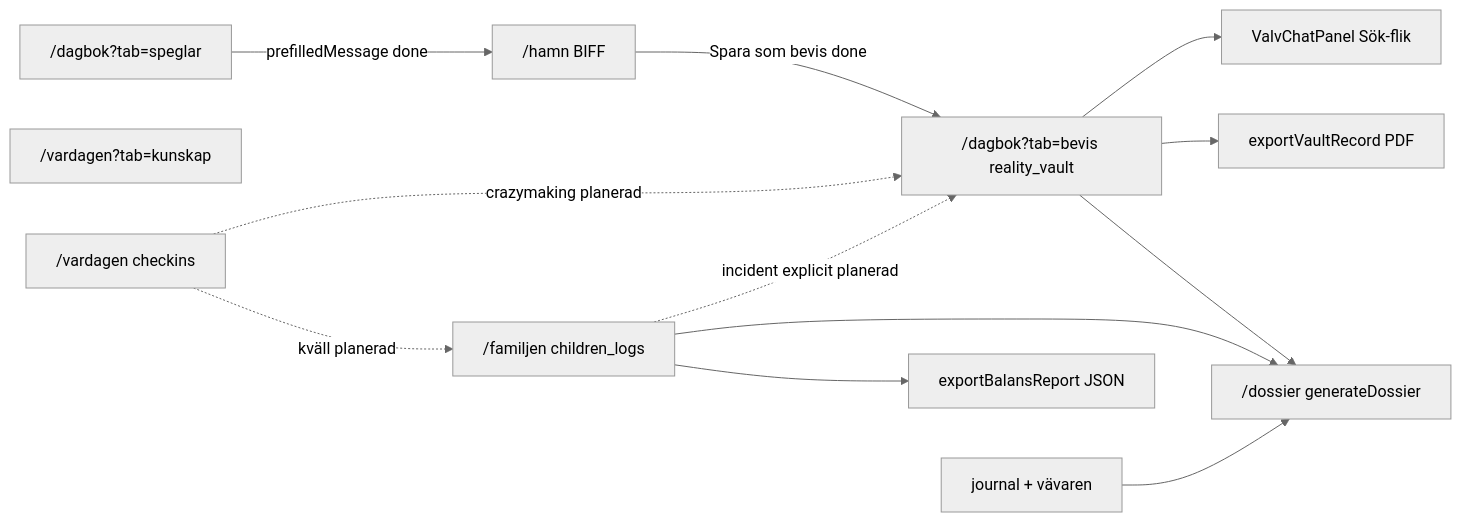
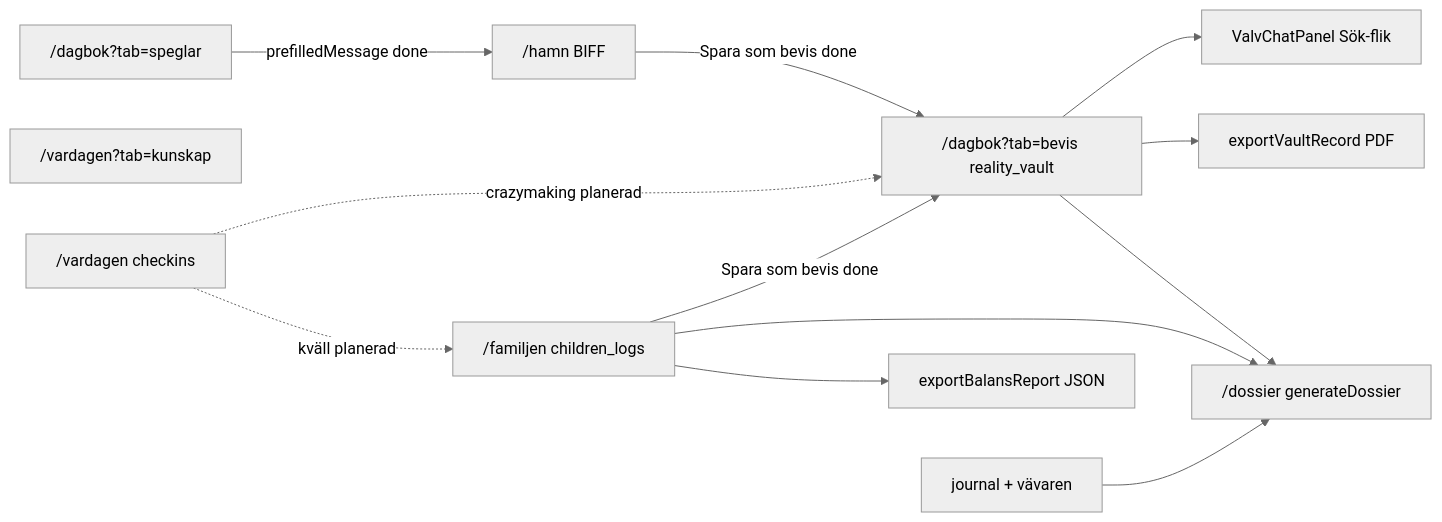
Before and after one commit to pontusmalmstrom9292-sys/Livskompassen3.0: the diagram in docs/specs/p2-flode.md, drawn with Mermaid (neutral theme). The commit also changed other lines of this file and 15 other files, not shown here.

````diff
--- a/docs/specs/p2-flode.md
+++ b/docs/specs/p2-flode.md
@@ -7,25 +7,25 @@
 ```mermaid
 flowchart LR
   Speglar["/dagbok?tab=speglar"]
   Hamn["/hamn BIFF"]
   Barnen["/familjen children_logs"]
   Valv["/dagbok?tab=bevis reality_vault"]
   ValvChat["ValvChatPanel Sök-flik"]
   Kunskap["/vardagen?tab=kunskap"]
   Journal["journal + vävaren"]
   Dossier["/dossier generateDossier"]
   PartialV["exportVaultRecord PDF"]
   PartialB["exportBalansReport JSON"]
   Kompasser["/vardagen checkins"]
   Valv --> ValvChat
   Valv --> PartialV
   Valv --> Dossier
   Barnen --> PartialB
   Barnen --> Dossier
   Journal --> Dossier
   Speglar -->|"prefilledMessage done"| Hamn
   Hamn -->|"Spara som bevis done"| Valv
   Kompasser -.->|"kväll planerad"| Barnen
   Kompasser -.->|"crazymaking planerad"| Valv
-  Barnen -.->|"incident explicit planerad"| Valv
+  Barnen -->|"Spara som bevis done"| Valv
 ```
````
